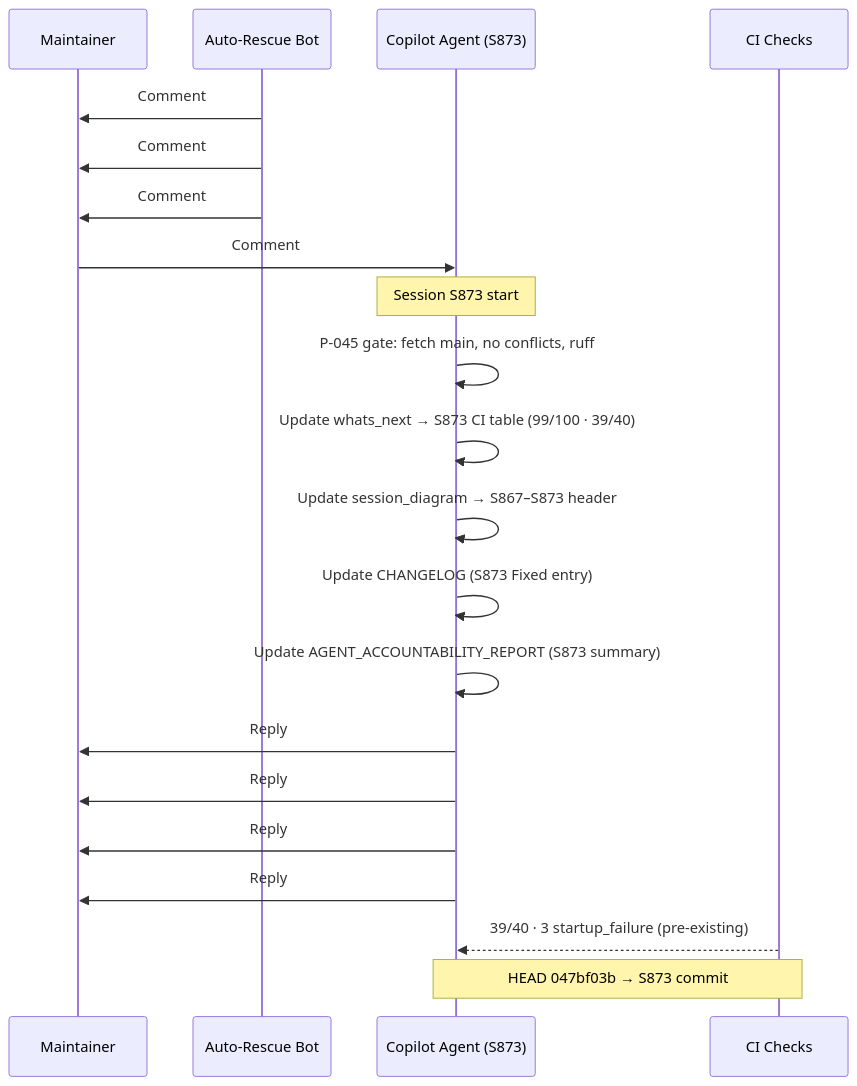
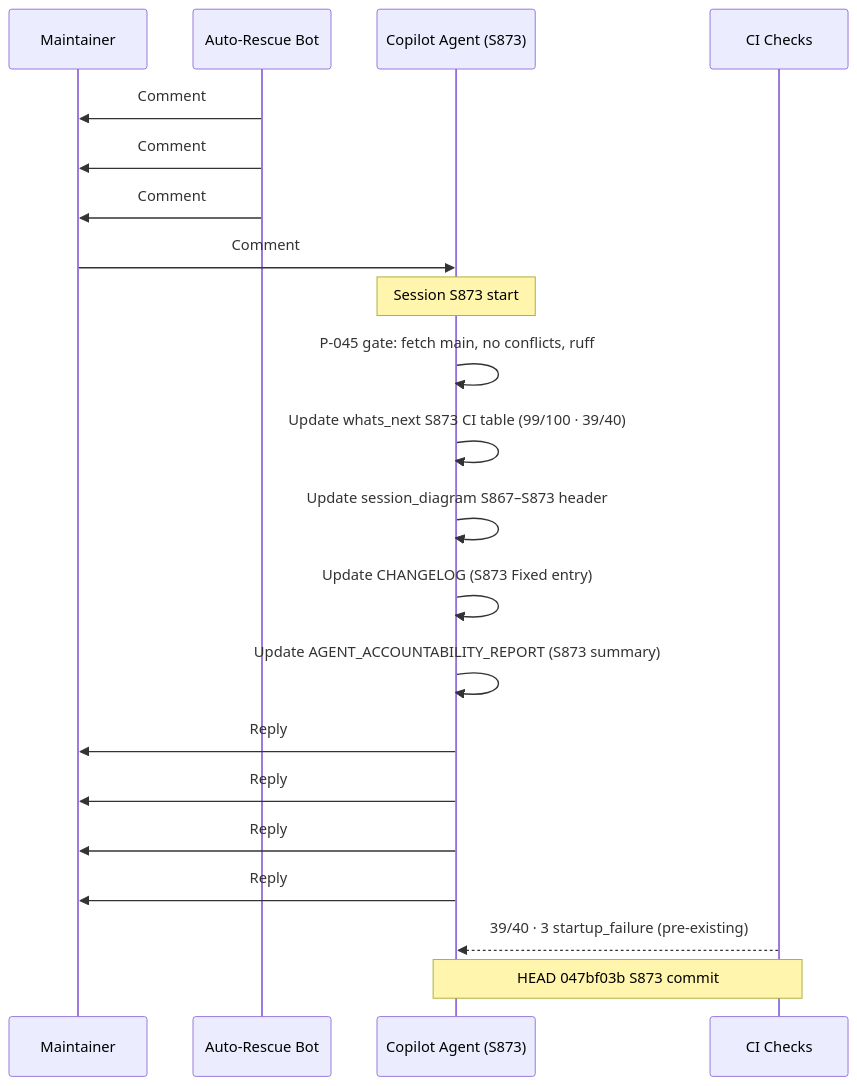
Before and after one commit to Aries-Serpent/_codex_: the ninth of 9 diagrams in docs/plans/PR4356_session_diagram.md, drawn with Mermaid. The commit also changed other lines of this file and 4117 other files, not shown here.

````diff
--- a/docs/plans/PR4356_session_diagram.md
+++ b/docs/plans/PR4356_session_diagram.md
@@ -353,27 +398,28 @@
 ```mermaid
-%%{init: {'accessibility': {'title': 'Sequence Diagram: >>A: 39/40  · 3 startup_failu'}}%%
+%%{init: {'accessibility': {'title': 'Sequence Diagram: >>A: 39/40 · 3 startup_failu'}}%%
+
 sequenceDiagram
-    participant M as Maintainer
-    participant BOT as Auto-Rescue Bot
-    participant A as Copilot Agent (S873)
-    participant CI as CI Checks
+ participant M as Maintainer
+ participant BOT as Auto-Rescue Bot
+ participant A as Copilot Agent (S873)
+ participant CI as CI Checks
 
-    BOT->>M: Comment #4404718140 — Validation Pipeline failure (commit da2a74be)
-    BOT->>M: Comment #4404723111 — CI Rescue (empty commit SHA template)
-    BOT->>M: Comment #4404734578 — 99 failures on 95c55bd (8 review comments unresolved)
-    M->>A: Comment #4404772494 — Approval Dispatch + @copilot continue
+ BOT->>M: Comment #4404718140 — Validation Pipeline failure (commit da2a74be)
+ BOT->>M: Comment #4404723111 — CI Rescue (empty commit SHA template)
+ BOT->>M: Comment #4404734578 — 99 failures on 95c55bd (8 review comments unresolved)
+ M->>A: Comment #4404772494 — Approval Dispatch + @copilot continue
 
-    Note over A: Session S873 start
-    A->>A: P-045 gate: fetch main, no conflicts, ruff 
-    A->>A: Update whats_next → S873 CI table (99/100 · 39/40)
-    A->>A: Update session_diagram → S867–S873 header
-    A->>A: Update CHANGELOG (S873 Fixed entry)
-    A->>A: Update AGENT_ACCOUNTABILITY_REPORT (S873 summary)
-    A->>M: Reply #4404718140 — stale commit, resolved in 1252362
-    A->>M: Reply #4404723111 — empty SHA template, HEAD clean
-    A->>M: Reply #4404734578 — 99 failures resolved in 91763033f
-    A->>M: Reply #4404772494 — continued, 99/100, 39/40 passing
+ Note over A: Session S873 start
+ A->>A: P-045 gate: fetch main, no conflicts, ruff 
+ A->>A: Update whats_next S873 CI table (99/100 · 39/40)
+ A->>A: Update session_diagram S867–S873 header
+ A->>A: Update CHANGELOG (S873 Fixed entry)
+ A->>A: Update AGENT_ACCOUNTABILITY_REPORT (S873 summary)
+ A->>M: Reply #4404718140 — stale commit, resolved in 1252362
+ A->>M: Reply #4404723111 — empty SHA template, HEAD clean
+ A->>M: Reply #4404734578 — 99 failures resolved in 91763033f
+ A->>M: Reply #4404772494 — continued, 99/100, 39/40 passing
 
-    CI-->>A: 39/40  · 3 startup_failure (pre-existing)
-    Note over A,CI: HEAD 047bf03b → S873 commit
+ CI-->>A: 39/40 · 3 startup_failure (pre-existing)
+ Note over A,CI: HEAD 047bf03b S873 commit
 ```
````
